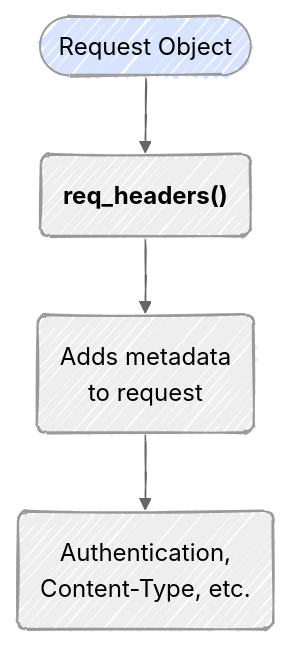
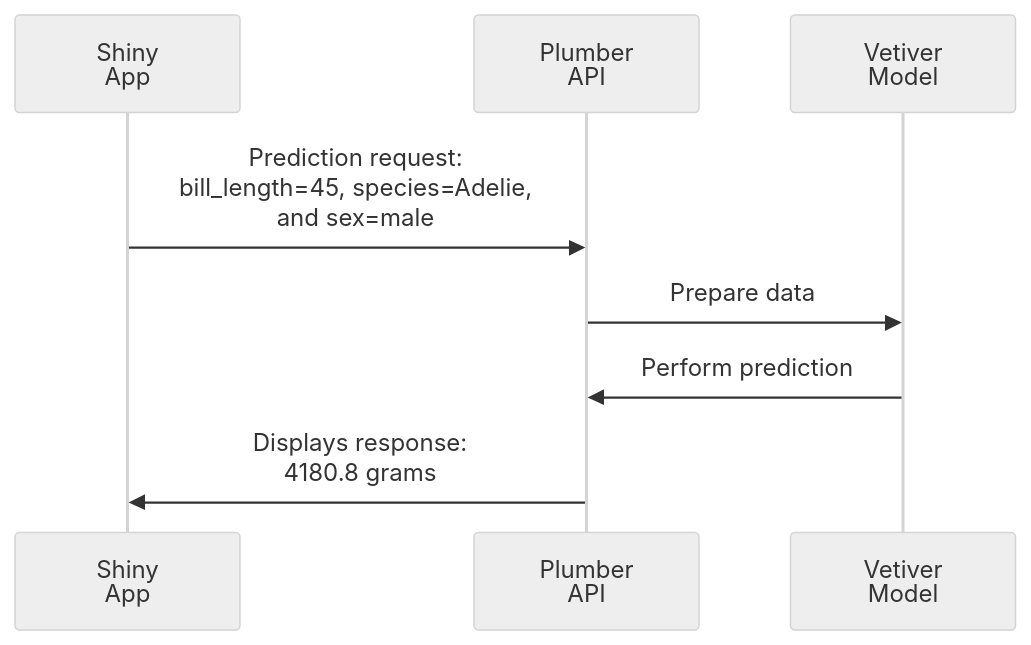
One commit to mjfrigaard/do4ds-labs changed the sixth of 6 diagrams in r-app-api.qmd. Above: the diagram before and after it, drawn with Mermaid. The commit also changed other lines of this file and 31 other files, not shown here.

````diff
--- a/r-app-api.qmd
+++ b/r-app-api.qmd
@@ -616,13 +459,16 @@
 ```{mermaid}
-%%| fig-width: 6.5
+%%| fig-cap: 'Input Dependencies'
 %%| fig-align: center
-%%{init: {'theme': 'neutral', 'look': 'handDrawn', 'themeVariables': { 'fontFamily': 'monospace'}}}%%
+%%{init: {'theme': 'neutral', 'look': 'handDrawn', 'themeVariables': { 'fontFamily': 'monospace', "fontSize":"16px"}}}%%
 
-graph TD
-	A(["Request Object"]) --> B("<strong>req_headers()</strong>")
-	B --> C("Adds metadata<br>to request")
-	C --> D("Authentication,<br>Content-Type, etc.")
-
-style A fill:#d8e4ff
+sequenceDiagram
+    participant Customer as Shiny<br>App
+    participant Waiter as Plumber<br>API
+    participant Kitchen as Vetiver<br>Model
+    
+    Customer->>Waiter: Prediction request:<br/>bill_length=45, species=Adelie,<br>and sex=male
+    Waiter->>Kitchen: Prepare data
+    Kitchen->>Waiter: Perform prediction
+    Waiter->>Customer: Displays response:<br> 4180.8 grams
 
 ```
````
